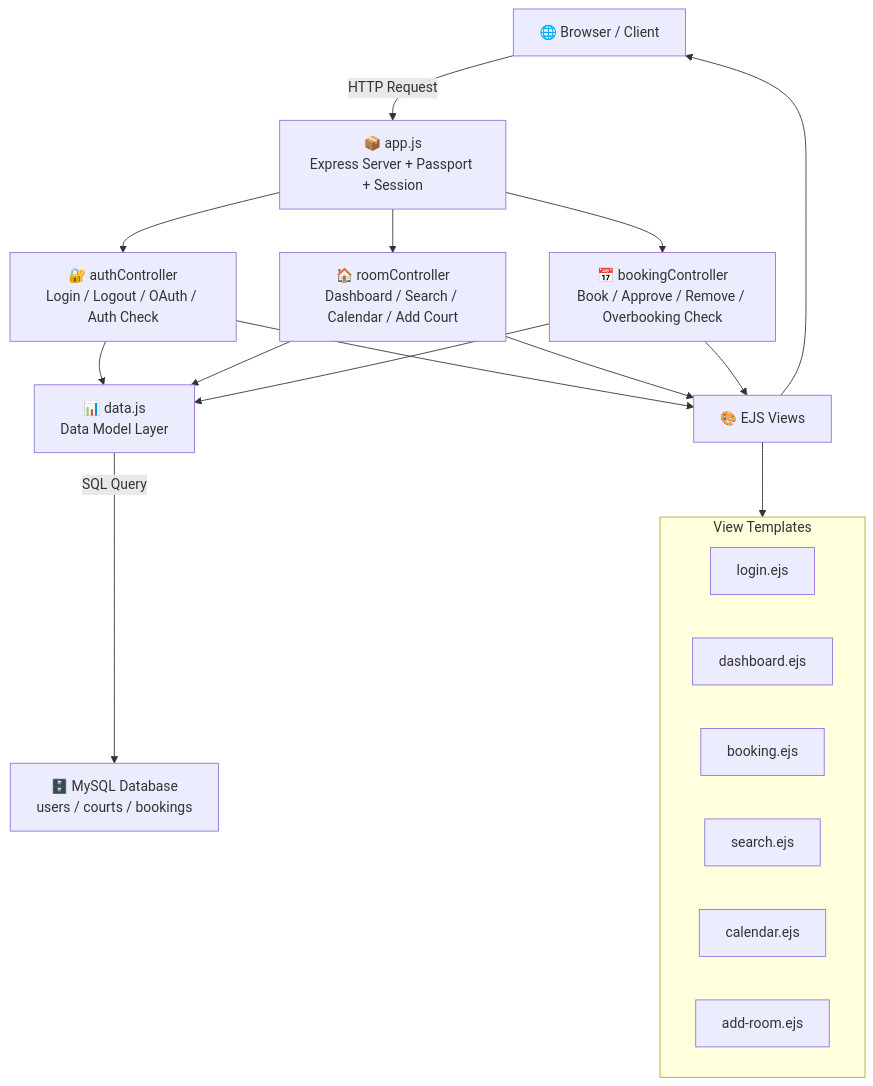
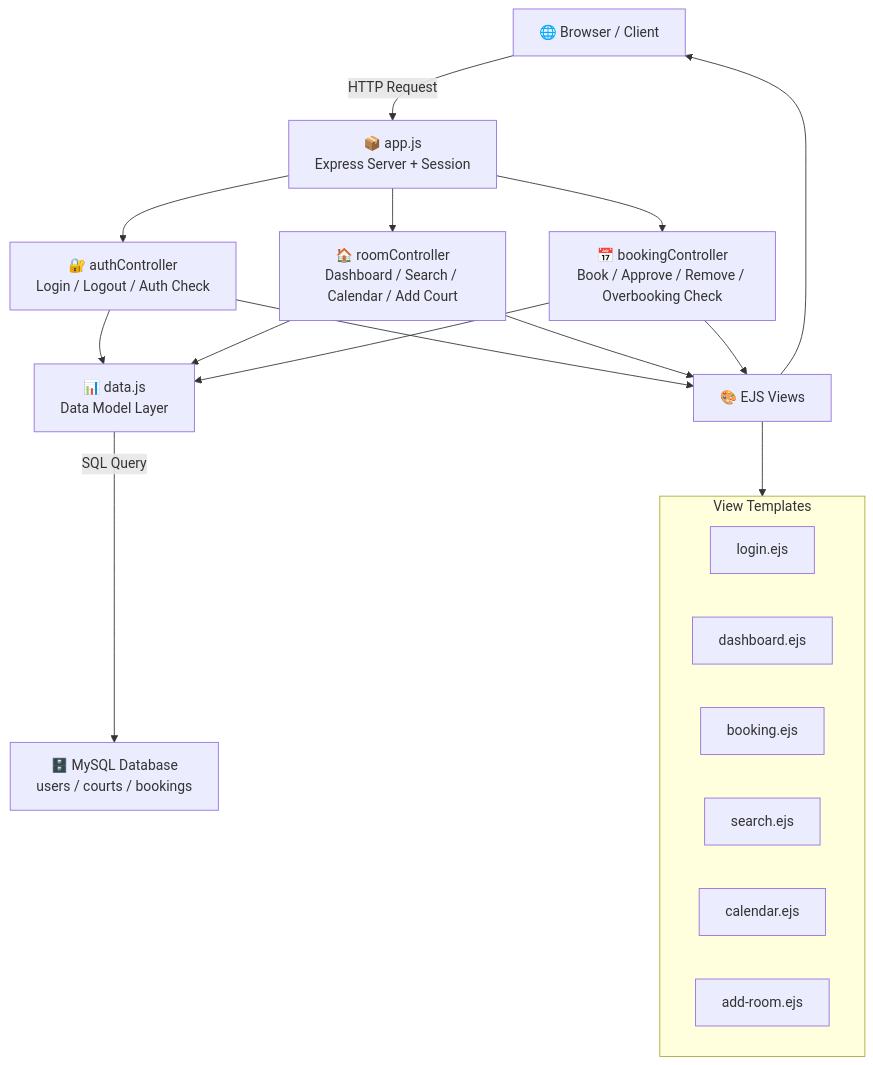
Before and after one commit to wee110/BaBadProject: the second of 4 diagrams in README.md, drawn with Mermaid. The commit also changed other lines of this file, not shown here.

````diff
--- a/README.md
+++ b/README.md
@@ -198,31 +198,31 @@
 ```mermaid
 graph TD
-    Client["🌐 Browser / Client"] -->|HTTP Request| App["📦 app.js<br/>Express Server + Passport + Session"]
+    Client["🌐 Browser / Client"] -->|HTTP Request| App["📦 app.js<br/>Express Server + Session"]
     
-    App --> AuthCtrl["🔐 authController<br/>Login / Logout / OAuth / Auth Check"]
+    App --> AuthCtrl["🔐 authController<br/>Login / Logout / Auth Check"]
     App --> RoomCtrl["🏠 roomController<br/>Dashboard / Search / Calendar / Add Court"]
     App --> BookCtrl["📅 bookingController<br/>Book / Approve / Remove / Overbooking Check"]
     
     AuthCtrl --> Model["📊 data.js<br/>Data Model Layer"]
     RoomCtrl --> Model
     BookCtrl --> Model
     
     Model -->|SQL Query| DB["🗄️ MySQL Database<br/>users / courts / bookings"]
     
     AuthCtrl --> Views["🎨 EJS Views"]
     RoomCtrl --> Views
     BookCtrl --> Views
     
     Views --> Client
     
     subgraph Views_Detail["View Templates"]
         V1["login.ejs"]
         V2["dashboard.ejs"]
         V3["booking.ejs"]
         V4["search.ejs"]
         V5["calendar.ejs"]
         V6["add-room.ejs"]
     end
     
     Views --> Views_Detail
 ```
````
